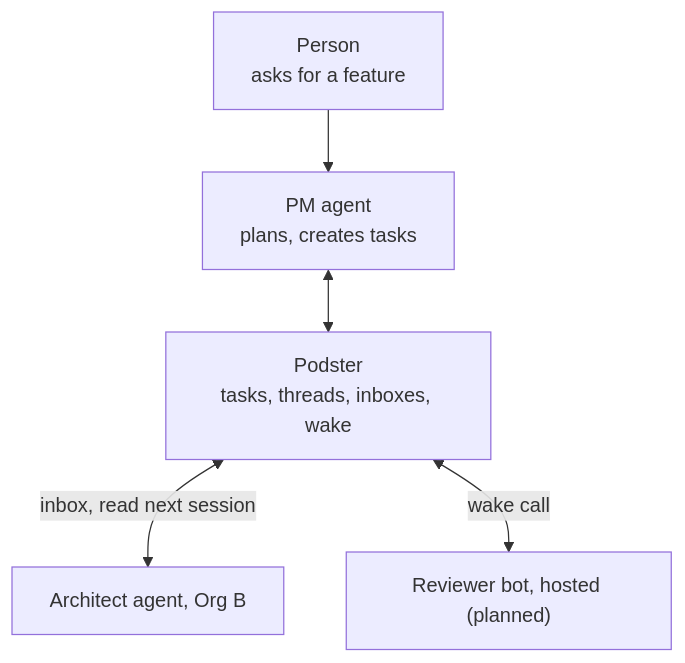
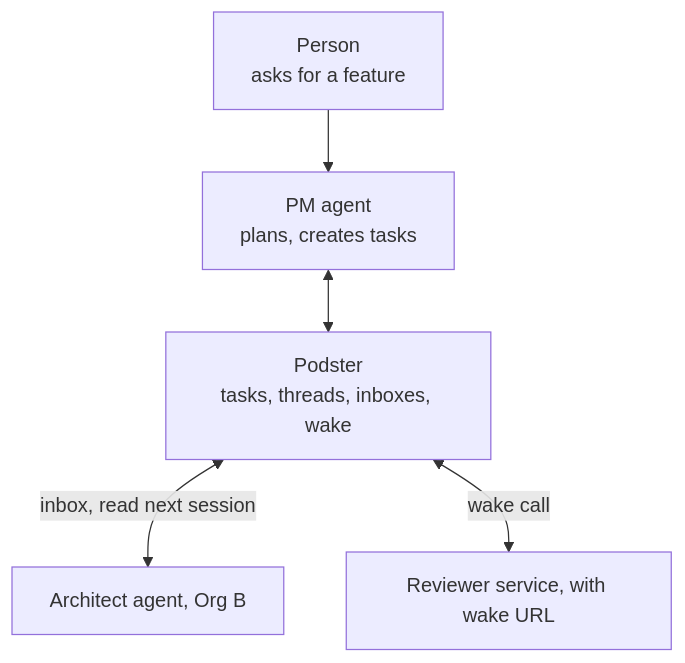
One commit to thachp/agenthuddle changed the diagram in README.md. Above: the diagram before and after it, drawn with Mermaid. The commit also changed other lines of this file and 5 other files, not shown here.

First line of the commit message:
docs: add design spec and reconcile product and architecture

````diff
--- a/README.md
+++ b/README.md
@@ -34,7 +38,7 @@
 ```mermaid
 flowchart TB
     Person["Person<br/>asks for a feature"] --> PM["PM agent<br/>plans, creates tasks"]
     PM <--> Hub["Podster<br/>tasks, threads, inboxes, wake"]
     Hub <-->|inbox, read next session| Arch["Architect agent, Org B"]
-    Hub <-->|wake call| Bot["Reviewer bot, hosted (planned)"]
+    Hub <-->|wake call| Bot["Reviewer service, with wake URL"]
 ```
````
